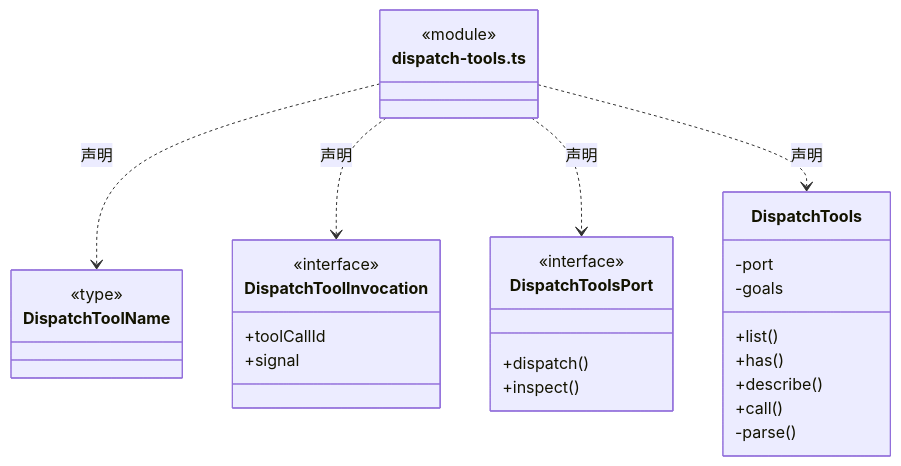
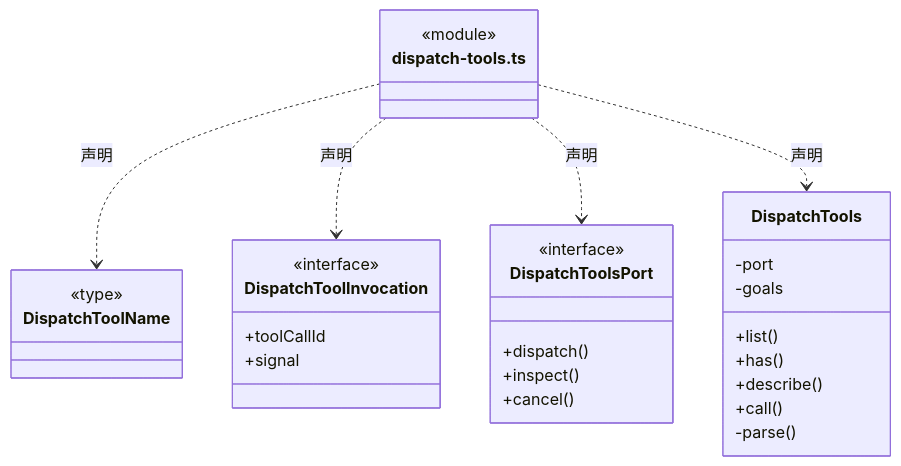
The first of 6 diagrams in src/backend/scheduler-engine/tools/ARCHITECTURE.md (nan023062/cbim), drawn with Mermaid before and after one commit. The commit also changed other lines of this file and 46 other files, not shown here.

````diff
--- a/src/backend/scheduler-engine/tools/ARCHITECTURE.md
+++ b/src/backend/scheduler-engine/tools/ARCHITECTURE.md
@@ -21,33 +21,34 @@
 ```mermaid
 classDiagram
 class N_src_backend_scheduler_engine_tools_dispatch_tools_ts["dispatch-tools.ts"] {
   <<module>>
 }
 class N_src_backend_scheduler_engine_tools_dispatch_tools_ts_DispatchToolName["DispatchToolName"] {
   <<type>>
 
 }
 N_src_backend_scheduler_engine_tools_dispatch_tools_ts ..> N_src_backend_scheduler_engine_tools_dispatch_tools_ts_DispatchToolName : 声明
 class N_src_backend_scheduler_engine_tools_dispatch_tools_ts_DispatchToolInvocation["DispatchToolInvocation"] {
   <<interface>>
   +toolCallId
   +signal
 }
 N_src_backend_scheduler_engine_tools_dispatch_tools_ts ..> N_src_backend_scheduler_engine_tools_dispatch_tools_ts_DispatchToolInvocation : 声明
 class N_src_backend_scheduler_engine_tools_dispatch_tools_ts_DispatchToolsPort["DispatchToolsPort"] {
   <<interface>>
   +dispatch()
   +inspect()
+  +cancel()
 }
 N_src_backend_scheduler_engine_tools_dispatch_tools_ts ..> N_src_backend_scheduler_engine_tools_dispatch_tools_ts_DispatchToolsPort : 声明
 class N_src_backend_scheduler_engine_tools_dispatch_tools_ts_DispatchTools["DispatchTools"] {
   +list()
   +has()
   +describe()
   +call()
   -port
   -goals
   -parse()
 }
 N_src_backend_scheduler_engine_tools_dispatch_tools_ts ..> N_src_backend_scheduler_engine_tools_dispatch_tools_ts_DispatchTools : 声明
 ```
````
